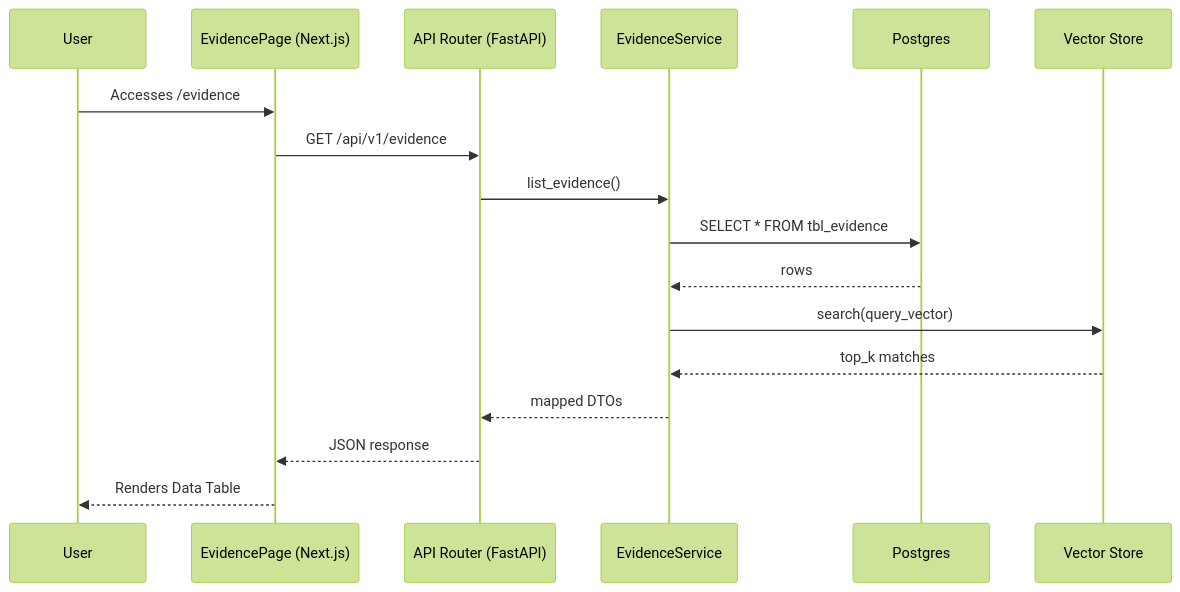
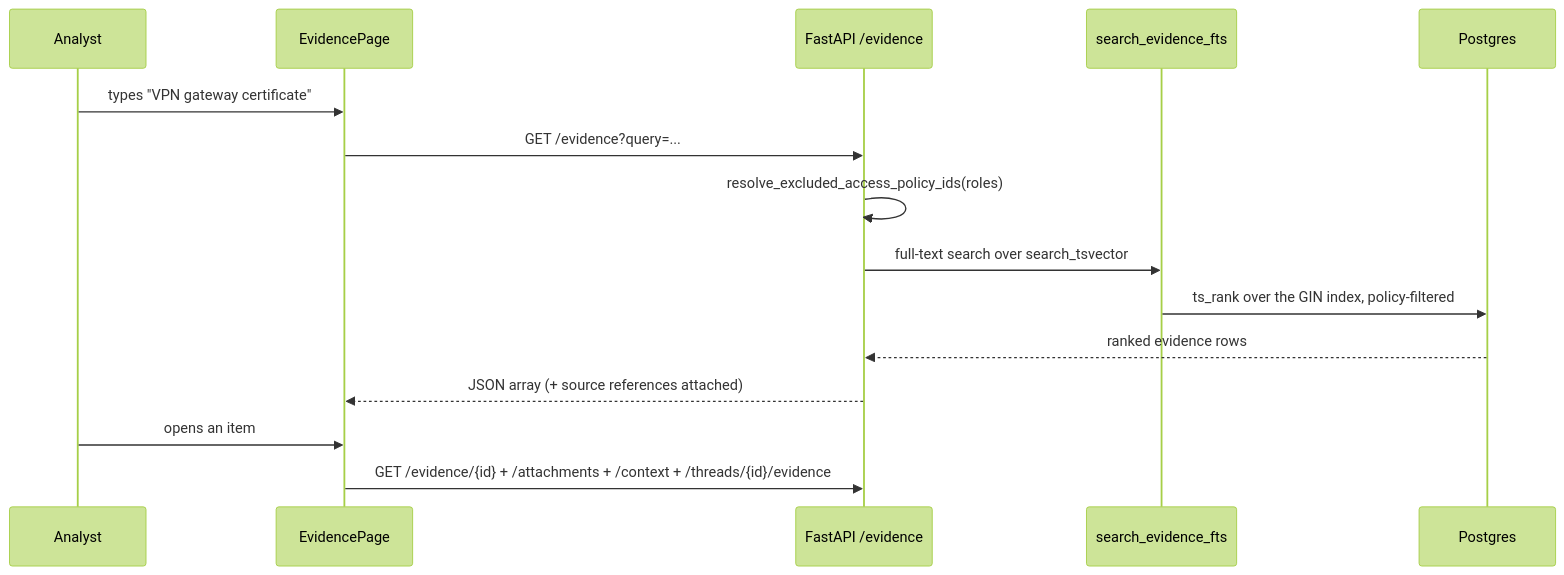
The fifth of 26 diagrams in docs/11_UI_Tabs_Explanation.md (Valuedx/ContextEdge), drawn with Mermaid (forest theme) before and after one commit. The commit also changed other lines of this file and 48 other files, not shown here.

````diff
--- a/docs/11_UI_Tabs_Explanation.md
+++ b/docs/11_UI_Tabs_Explanation.md
@@ -409,20 +527,18 @@
 ```mermaid
 sequenceDiagram
-    participant User
-    participant Frontend as EvidencePage (Next.js)
-    participant API as API Router (FastAPI)
-    participant Service as EvidenceService
+    participant Analyst
+    participant Page as EvidencePage
+    participant API as FastAPI /evidence
+    participant FTS as search_evidence_fts
     participant DB as Postgres
-    participant Vector as Vector Store
-    
-    User->>Frontend: Accesses /evidence
-    Frontend->>API: GET /api/v1/evidence
-    API->>Service: list_evidence()
-    Service->>DB: SELECT * FROM tbl_evidence
-    DB-->>Service: rows
-    Service->>Vector: search(query_vector)
-    Vector-->>Service: top_k matches
-    Service-->>API: mapped DTOs
-    API-->>Frontend: JSON response
-    Frontend-->>User: Renders Data Table
+
+    Analyst->>Page: types "VPN gateway certificate"
+    Page->>API: GET /evidence?query=...
+    API->>API: resolve_excluded_access_policy_ids(roles)
+    API->>FTS: full-text search over search_tsvector
+    FTS->>DB: ts_rank over the GIN index, policy-filtered
+    DB-->>API: ranked evidence rows
+    API-->>Page: JSON array (+ source references attached)
+    Analyst->>Page: opens an item
+    Page->>API: GET /evidence/{id} + /attachments + /context + /threads/{id}/evidence
 ```
````
